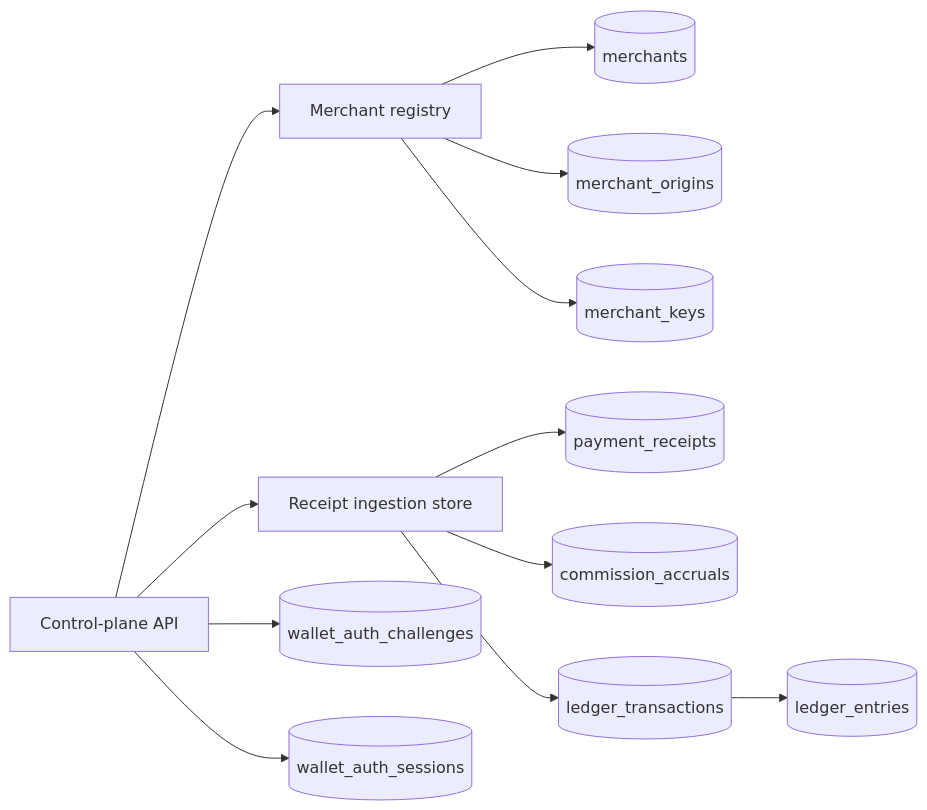
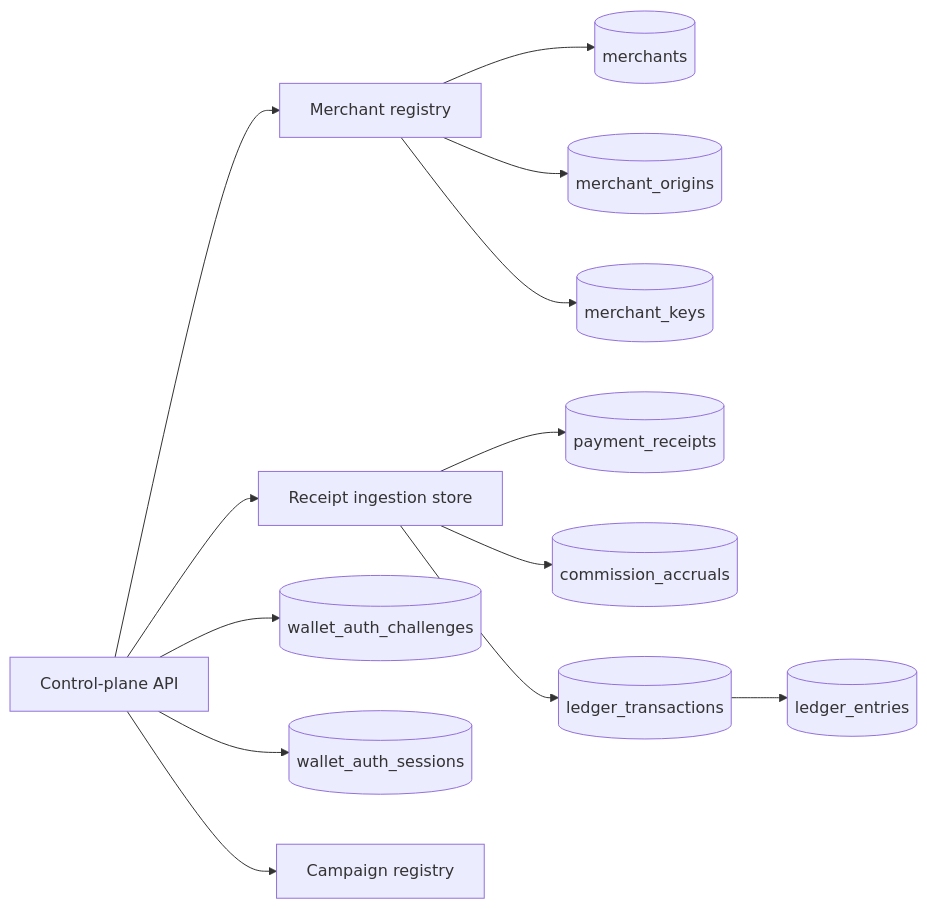
Before and after one commit to split402protocol/splitx402: the fifth of 5 diagrams in README.md, drawn with Mermaid. The commit also changed other lines of this file and 7 other files, not shown here.

Commit message:
Add campaign version API foundation

````diff
--- a/README.md
+++ b/README.md
@@ -170,27 +175,29 @@
 ```mermaid
 flowchart LR
   API["Control-plane API"]
   Registry["Merchant registry"]
   Ingestion["Receipt ingestion store"]
   Merchants[("merchants")]
   Origins[("merchant_origins")]
   Keys[("merchant_keys")]
   Challenges[("wallet_auth_challenges")]
   Sessions[("wallet_auth_sessions")]
+  Campaigns["Campaign registry"]
   Receipts[("payment_receipts")]
   Accruals[("commission_accruals")]
   LedgerTx[("ledger_transactions")]
   LedgerEntries[("ledger_entries")]
 
   API --> Registry
   API --> Ingestion
   Registry --> Merchants
   Registry --> Origins
   Registry --> Keys
   API --> Challenges
   API --> Sessions
+  API --> Campaigns
   Ingestion --> Receipts
   Ingestion --> Accruals
   Ingestion --> LedgerTx
   LedgerTx --> LedgerEntries
 ```
````
